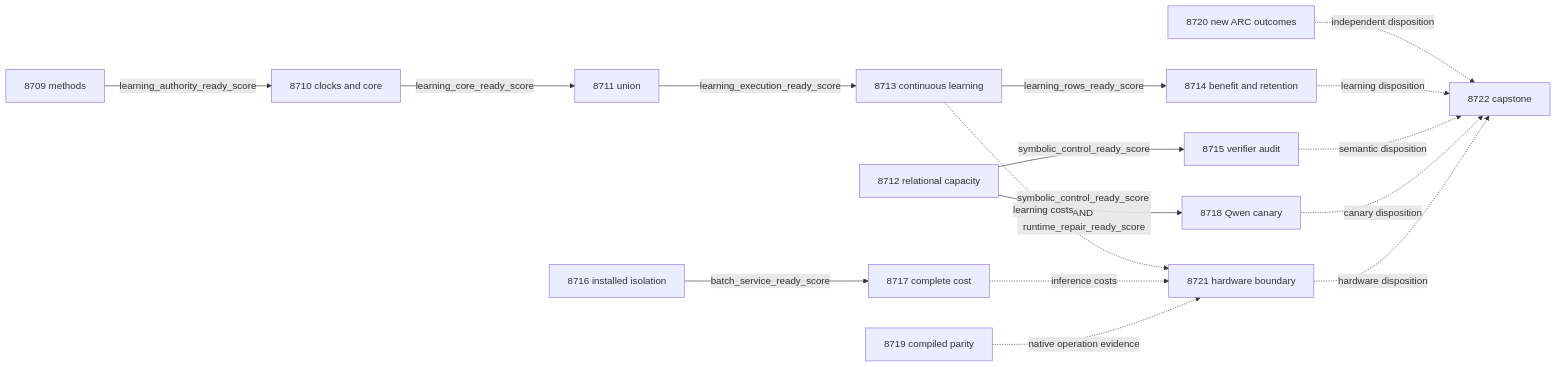
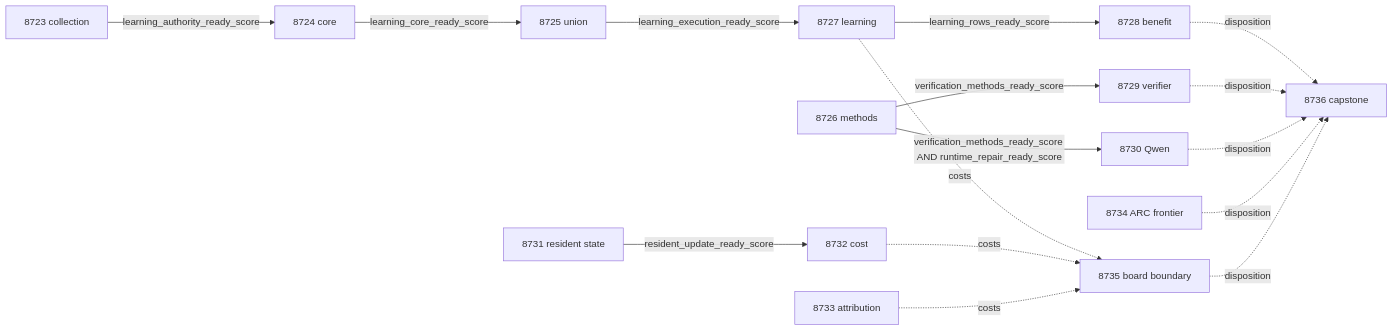
The second of 2 diagrams in openspec/change-proposals/research-roadmap-vNEXT.md (Carnot-EBM/carnot-ebm), drawn with Mermaid before and after one commit. The commit also changed other lines of this file and 19 other files, not shown here.

````diff
--- a/openspec/change-proposals/research-roadmap-vNEXT.md
+++ b/openspec/change-proposals/research-roadmap-vNEXT.md
@@ -246,18 +254,18 @@
 ```mermaid
 flowchart LR
-    E8709[8709 methods] -->|learning_authority_ready_score| E8710[8710 clocks and core]
-    E8710 -->|learning_core_ready_score| E8711[8711 union]
-    E8711 -->|learning_execution_ready_score| E8713[8713 continuous learning]
-    E8713 -->|learning_rows_ready_score| E8714[8714 benefit and retention]
-    E8712[8712 relational capacity] -->|symbolic_control_ready_score| E8715[8715 verifier audit]
-    E8712 -->|symbolic_control_ready_score AND runtime_repair_ready_score| E8718[8718 Qwen canary]
-    E8716[8716 installed isolation] -->|batch_service_ready_score| E8717[8717 complete cost]
-    E8713 -. learning costs .-> E8721[8721 hardware boundary]
-    E8717 -. inference costs .-> E8721
-    E8719[8719 compiled parity] -. native operation evidence .-> E8721
-    E8720[8720 new ARC outcomes] -. independent disposition .-> E8722[8722 capstone]
-    E8714 -. learning disposition .-> E8722
-    E8715 -. semantic disposition .-> E8722
-    E8718 -. canary disposition .-> E8722
-    E8721 -. hardware disposition .-> E8722
+    E8723[8723 collection] -->|learning_authority_ready_score| E8724[8724 core]
+    E8724 -->|learning_core_ready_score| E8725[8725 union]
+    E8725 -->|learning_execution_ready_score| E8727[8727 learning]
+    E8727 -->|learning_rows_ready_score| E8728[8728 benefit]
+    E8726[8726 methods] -->|verification_methods_ready_score| E8729[8729 verifier]
+    E8726 -->|verification_methods_ready_score AND runtime_repair_ready_score| E8730[8730 Qwen]
+    E8731[8731 resident state] -->|resident_update_ready_score| E8732[8732 cost]
+    E8727 -. costs .-> E8735[8735 board boundary]
+    E8732 -. costs .-> E8735
+    E8733[8733 attribution] -. costs .-> E8735
+    E8728 -. disposition .-> E8736[8736 capstone]
+    E8729 -. disposition .-> E8736
+    E8730 -. disposition .-> E8736
+    E8734[8734 ARC frontier] -. disposition .-> E8736
+    E8735 -. disposition .-> E8736
 ```
````
